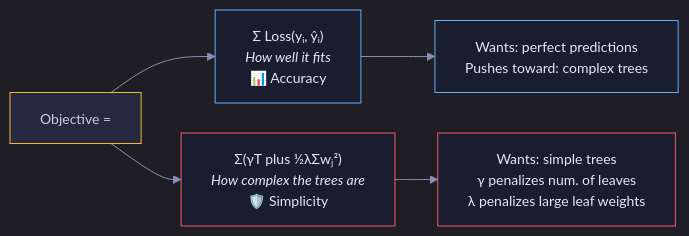
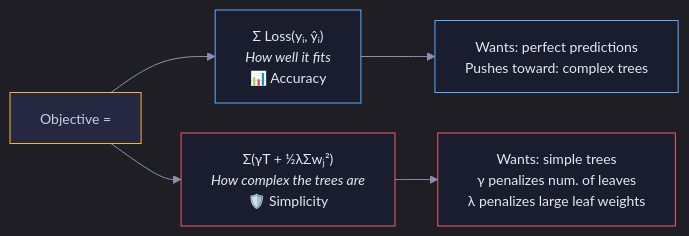
Before and after one commit to snehith1234/StudyCircle: the second of 11 diagrams in Documents/Visual_Guides/ML_Concepts/XGBoost_Visual.md, drawn with Mermaid. The commit also changed other lines of this file and 10 other files, not shown here.

First line of the commit message:
Fix Mermaid formatting and add RNN/LSTM guides

````diff
--- a/Documents/Visual_Guides/ML_Concepts/XGBoost_Visual.md
+++ b/Documents/Visual_Guides/ML_Concepts/XGBoost_Visual.md
@@ -41,15 +41,15 @@
 ```mermaid
 %%{init: {'theme': 'dark', 'themeVariables': {'darkMode': true, 'background': '#0e1117', 'primaryColor': '#1a1d2e', 'primaryTextColor': '#e2e8f0', 'primaryBorderColor': '#2d3148', 'lineColor': '#8892b0', 'secondaryColor': '#252840', 'tertiaryColor': '#1a1d2e', 'fontSize': '14px', 'edgeLabelBackground': '#0e1117'}, 'flowchart': {'nodeSpacing': 30, 'rankSpacing': 40, 'padding': 15, 'htmlLabels': true}}}%%
 graph LR
     OBJ["Objective ="] --> LOSS["Σ Loss(yᵢ, ŷᵢ)<br/><i>How well it fits</i><br/>📊 Accuracy"]
-    OBJ --> REG["Σ(γT plus ½λΣwⱼ²)<br/><i>How complex the trees are</i><br/>🛡️ Simplicity"]
+    OBJ --> REG["Σ(γT + ½λΣwⱼ²)<br/><i>How complex the trees are</i><br/>🛡️ Simplicity"]
 
     LOSS --> MEANING1["Wants: perfect predictions<br/>Pushes toward: complex trees"]
     REG --> MEANING2["Wants: simple trees<br/>γ penalizes num. of leaves<br/>λ penalizes large leaf weights"]
 
     style OBJ fill:#252840,stroke:#f5b731,color:#c8cfe0
     style LOSS fill:#1a1d2e,stroke:#5eaeff,color:#e2e8f0
     style REG fill:#1a1d2e,stroke:#f45d6d,color:#e2e8f0
     style MEANING1 fill:#1a1d2e,stroke:#5eaeff,color:#e2e8f0
     style MEANING2 fill:#1a1d2e,stroke:#f45d6d,color:#e2e8f0
 ```
````
